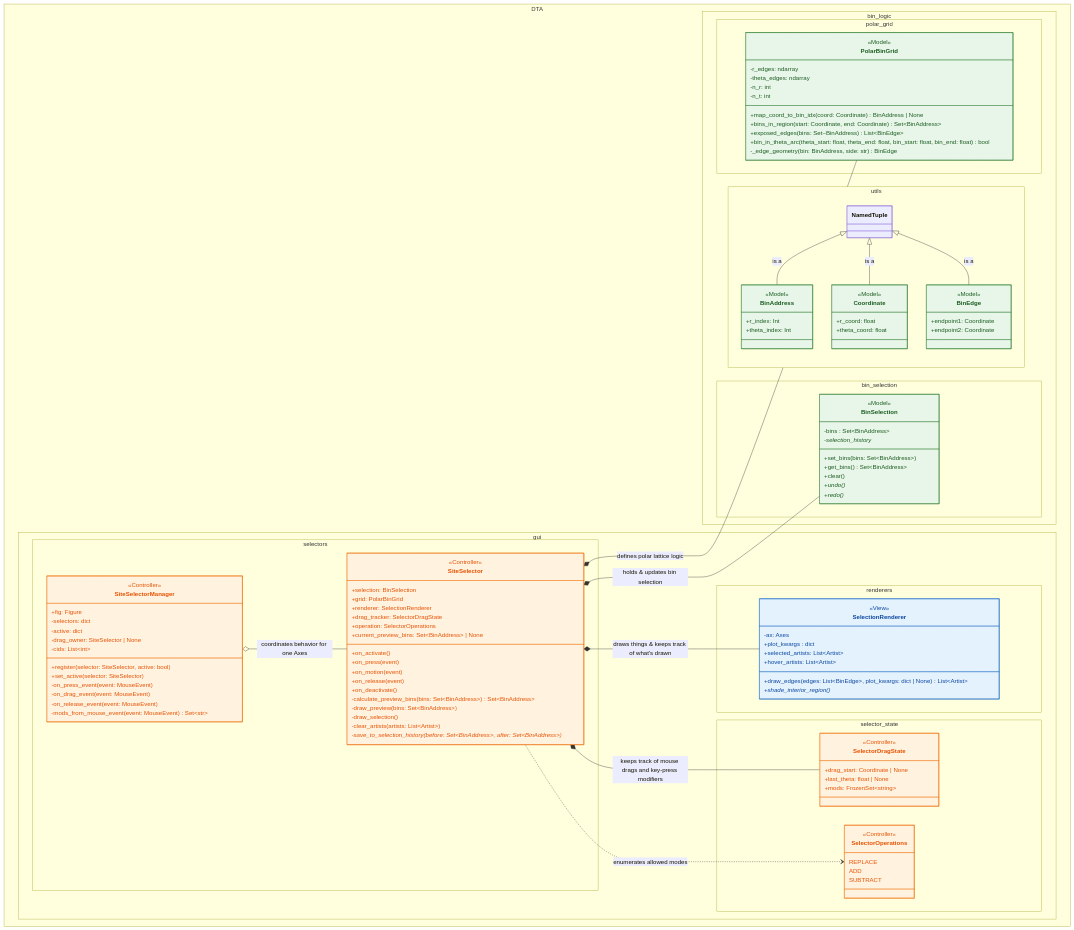
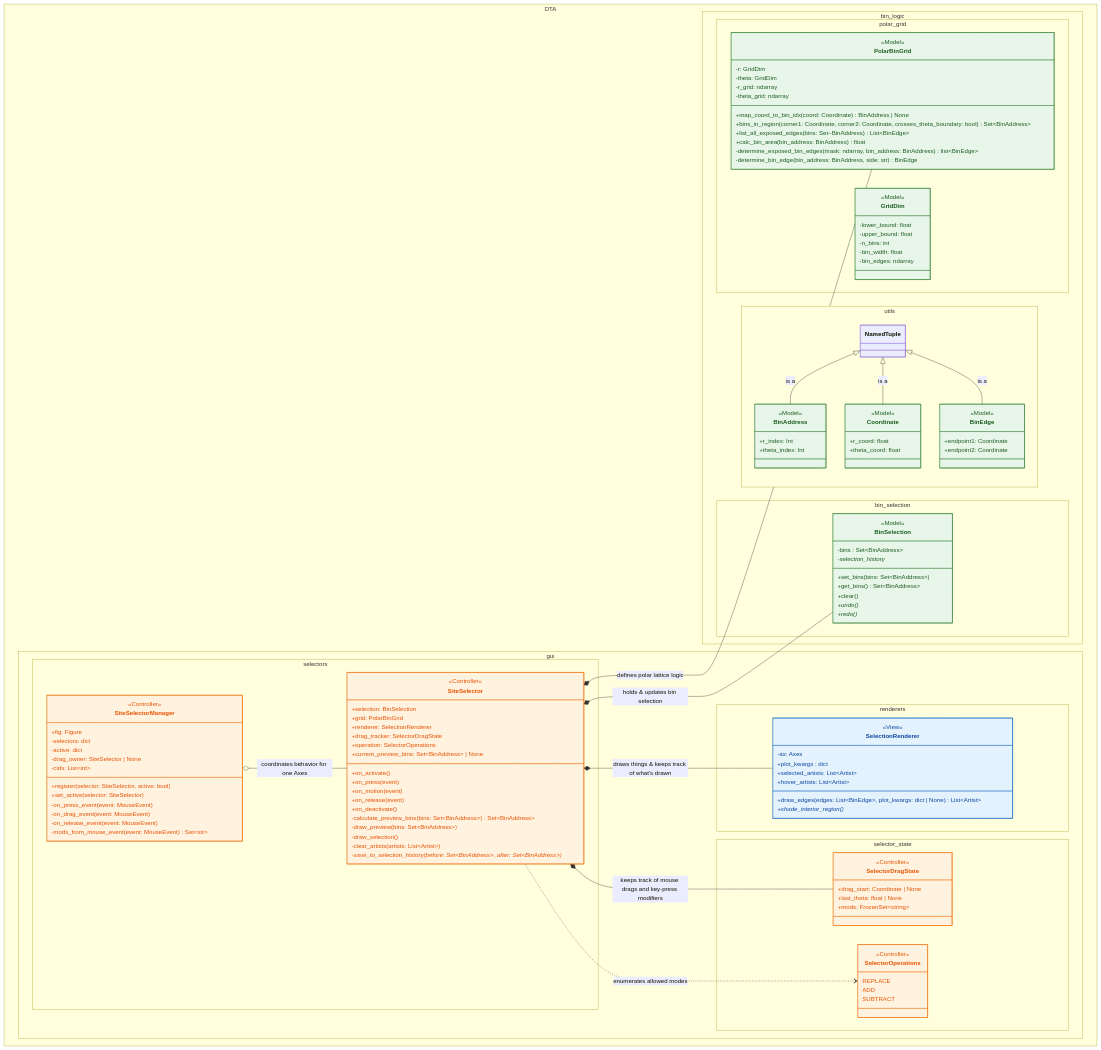
The first of 4 diagrams in python/dta/gui/README.md (BranniganLab/density_threshold_affinity), drawn with Mermaid before and after one commit.

Commit message:
Update README.md with new GridDim and PolarBinGrid class details

```diff
--- a/python/dta/gui/README.md
+++ b/python/dta/gui/README.md
@@ -46,6 +46,7 @@
 %% =========================
 
 class PolarBinGrid:::model
+class GridDim:::model
 class BinAddress:::model
 class Coordinate:::model
 class BinEdge:::model
@@ -59,6 +60,7 @@
 class SelectorOperations:::controller
 
 <<Model>> PolarBinGrid
+<<Model>> GridDim
 <<Model>> BinAddress
 <<Model>> Coordinate
 <<Model>> BinEdge
@@ -78,15 +80,23 @@
 
 namespace DTA.bin_logic.polar_grid {
 class PolarBinGrid {
-    -r_edges: ndarray
-    -theta_edges: ndarray
-    -n_r: int
-    -n_t: int
+    -r: GridDim
+    -theta: GridDim
+    -r_grid: ndarray
+    -theta_grid: ndarray
     +map_coord_to_bin_idx(coord: Coordinate) BinAddress | None
-    +bins_in_region(start: Coordinate, end: Coordinate) Set~BinAddress~
-    +exposed_edges(bins: Set~BinAddress) List~BinEdge~
-    +bin_in_theta_arc(theta_start: float, theta_end: float, bin_start: float, bin_end: float) bool
-    -_edge_geometry(bin: BinAddress, side: str) BinEdge
+    +bins_in_region(corner1: Coordinate, corner2: Coordinate, crosses_theta_boundary: bool) Set~BinAddress~
+    +list_all_exposed_edges(bins: Set~BinAddress) List~BinEdge~
+    +calc_bin_area(bin_address: BinAddress) float
+    -determine_exposed_bin_edges(mask: ndarray, bin_address: BinAddress) list~BinEdge~
+    -determine_bin_edge(bin_address: BinAddress, side: str) BinEdge
+}
+class GridDim {
+    -lower_bound: float
+    -upper_bound: float
+    -n_bins: int
+    -bin_width: float
+    -bin_edges: ndarray
 }
 }
 
```
